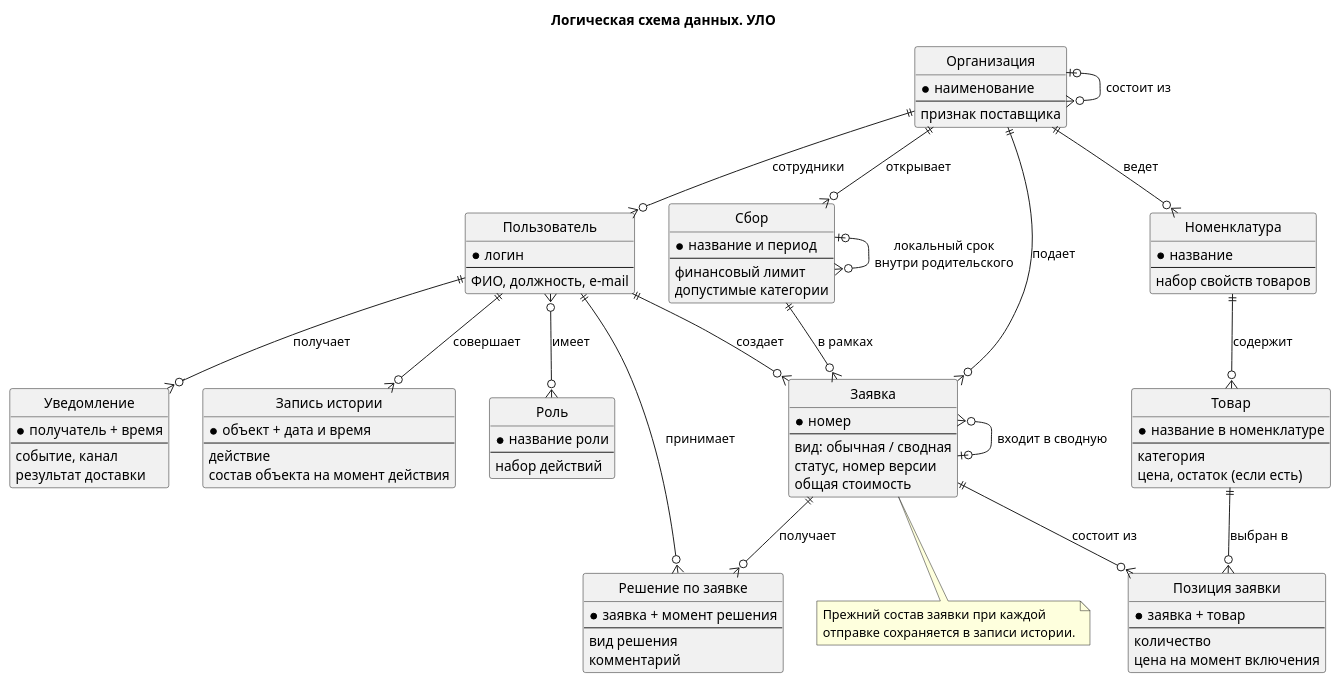
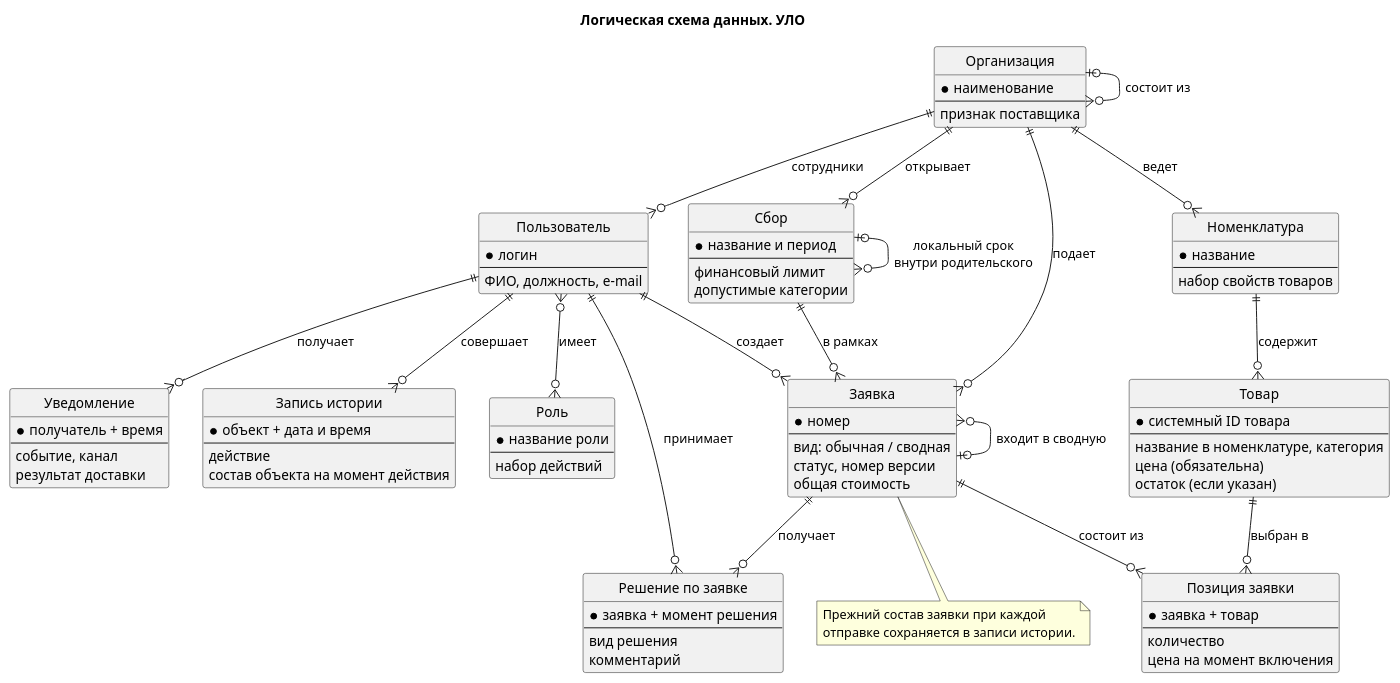
Before and after one commit to ki-kluz/RiATkPO-Lab-01: the diagram in variants/05 - УЛО/src/diagrams/logical-data.puml, drawn with PlantUML. The commit also changed 2 other files, not shown here.

Commit message:
Обновил диаграммы УЛО и добавил журнал ревью ЛР-2

```diff
--- a/variants/05 - УЛО/src/diagrams/logical-data.puml
+++ b/variants/05 - УЛО/src/diagrams/logical-data.puml
@@ -1,102 +1,103 @@
 @startuml logical-data
 title Логическая схема данных. УЛО
 hide circle
 skinparam shadowing false
 
 entity "Организация" as Org {
   * наименование
   --
   признак поставщика
 }
 
 entity "Пользователь" as User {
   * логин
   --
   ФИО, должность, e-mail
 }
 
 entity "Роль" as Role {
   * название роли
   --
   набор действий
 }
 
 entity "Сбор" as Collection {
   * название и период
   --
   финансовый лимит
   допустимые категории
 }
 
 entity "Номенклатура" as Catalog {
   * название
   --
   набор свойств товаров
 }
 
 entity "Товар" as Product {
-  * название в номенклатуре
+  * системный ID товара
   --
-  категория
-  цена, остаток (если есть)
+  название в номенклатуре, категория
+  цена (обязательна)
+  остаток (если указан)
 }
 
 entity "Заявка" as Request {
   * номер
   --
   вид: обычная / сводная
   статус, номер версии
   общая стоимость
 }
 
 entity "Позиция заявки" as Item {
   * заявка + товар
   --
   количество
   цена на момент включения
 }
 
 entity "Решение по заявке" as Decision {
   * заявка + момент решения
   --
   вид решения
   комментарий
 }
 
 entity "Уведомление" as Notice {
   * получатель + время
   --
   событие, канал
   результат доставки
 }
 
 entity "Запись истории" as Log {
   * объект + дата и время
   --
   действие
   состав объекта на момент действия
 }
 
 Org |o--o{ Org : состоит из
 Org ||--o{ User : сотрудники
 User }o--o{ Role : имеет
 Org ||--o{ Collection : открывает
 Collection |o--o{ Collection : локальный срок\nвнутри родительского
 Org ||--o{ Catalog : ведет
 Catalog ||--o{ Product : содержит
 Org ||--o{ Request : подает
 User ||--o{ Request : создает
 Collection ||--o{ Request : в рамках
 Request ||--o{ Item : состоит из
 Product ||--o{ Item : выбран в
 Request ||--o{ Decision : получает
 User ||--o{ Decision : принимает
 Request }o--o| Request : входит в сводную
 User ||--o{ Notice : получает
 User ||--o{ Log : совершает
 
 note bottom of Request
   Прежний состав заявки при каждой
   отправке сохраняется в записи истории.
 end note
 @enduml
```
